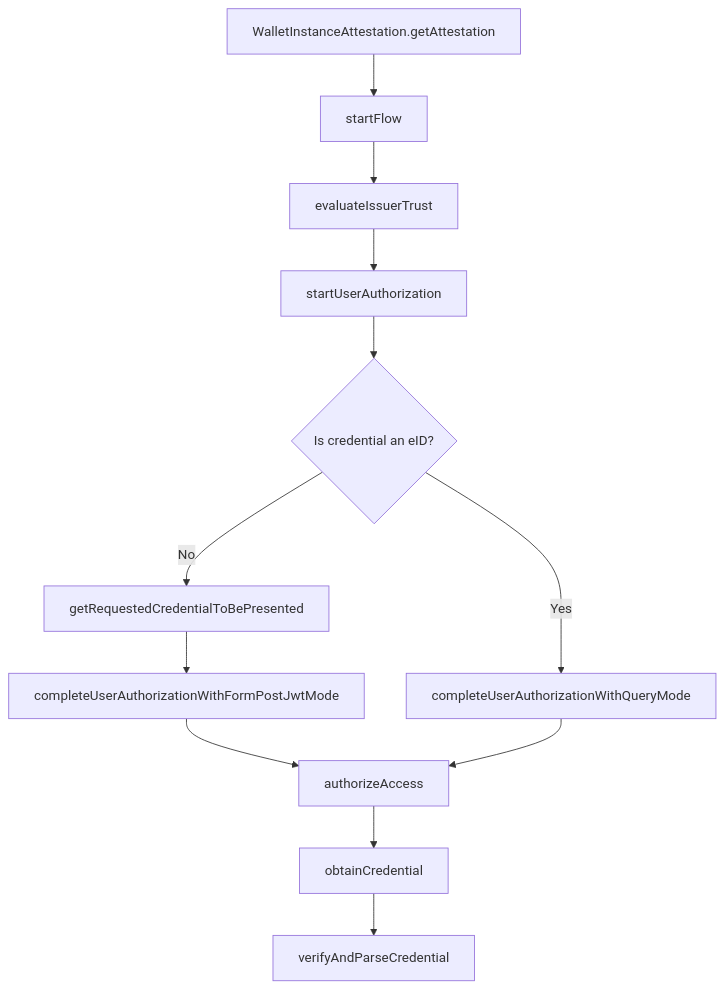
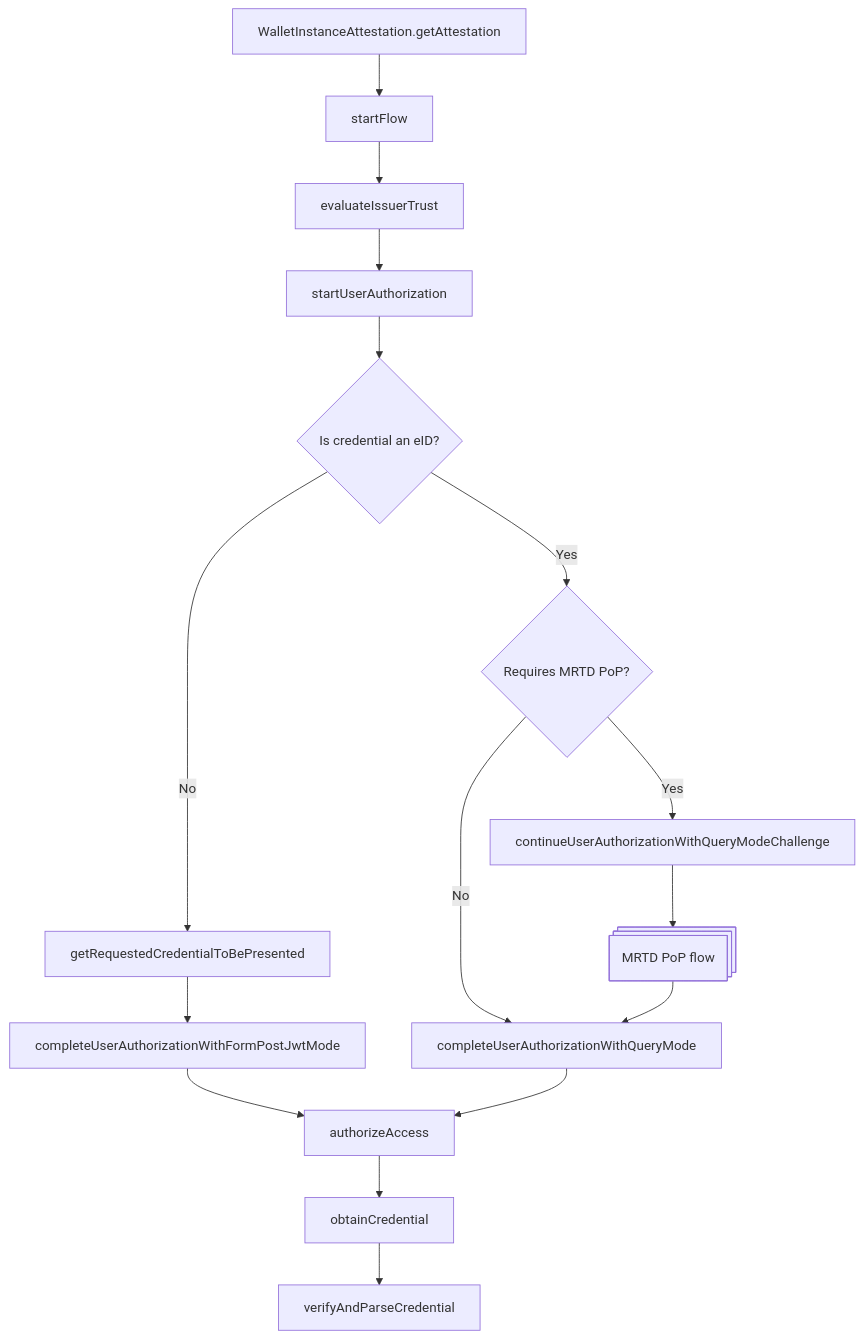
Before and after one commit to pagopa/io-react-native-wallet: the diagram in src/credential/issuance/README.md, drawn with Mermaid. The commit also changed other lines of this file and 4 other files, not shown here.

````diff
--- a/src/credential/issuance/README.md
+++ b/src/credential/issuance/README.md
@@ -13,26 +13,33 @@
 ```mermaid
 graph TD;
     0[WalletInstanceAttestation.getAttestation]
     1[startFlow]
     2[evaluateIssuerTrust]
     3[startUserAuthorization]
     C4[getRequestedCredentialToBePresented]
     C4.1[completeUserAuthorizationWithFormPostJwtMode]
     E4[completeUserAuthorizationWithQueryMode]
+    E5[continueUserAuthorizationWithQueryModeChallenge]
+    D@{ shape: procs, label: "MRTD PoP flow"}
     5[authorizeAccess]
     6[obtainCredential]
     7[verifyAndParseCredential]
     credSel{Is credential an eID?}
+    proofSel{Requires MRTD PoP?}
 
     0 --> 1
     1 --> 2
     2 --> 3
     3 --> credSel
-    credSel -->|Yes| E4
+    credSel -->|Yes| proofSel
     credSel -->|No| C4
+    proofSel --> |Yes| E5
+    proofSel --> |No| E4
+    E5 --> D
+    D --> E4
     C4 --> C4.1
     C4.1 --> 5
     E4 --> 5
     5 --> 6
     6 --> 7
 ```
````
